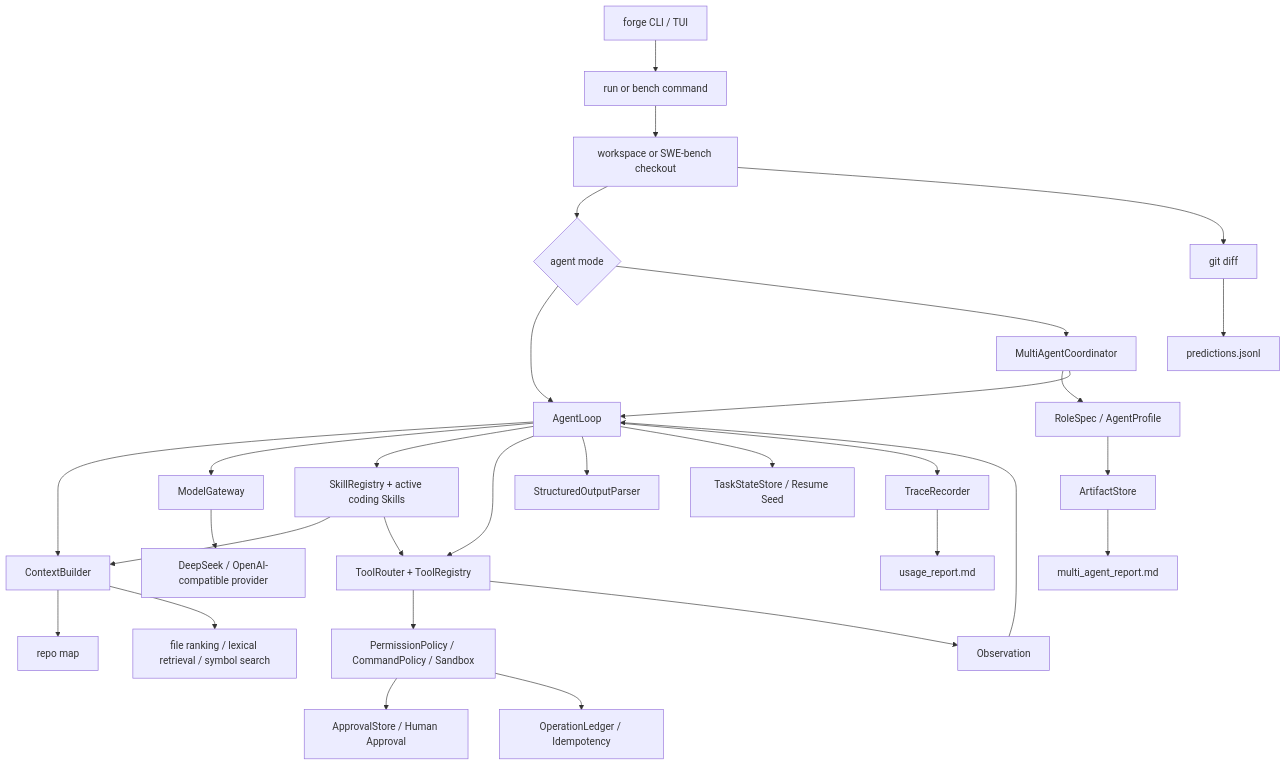
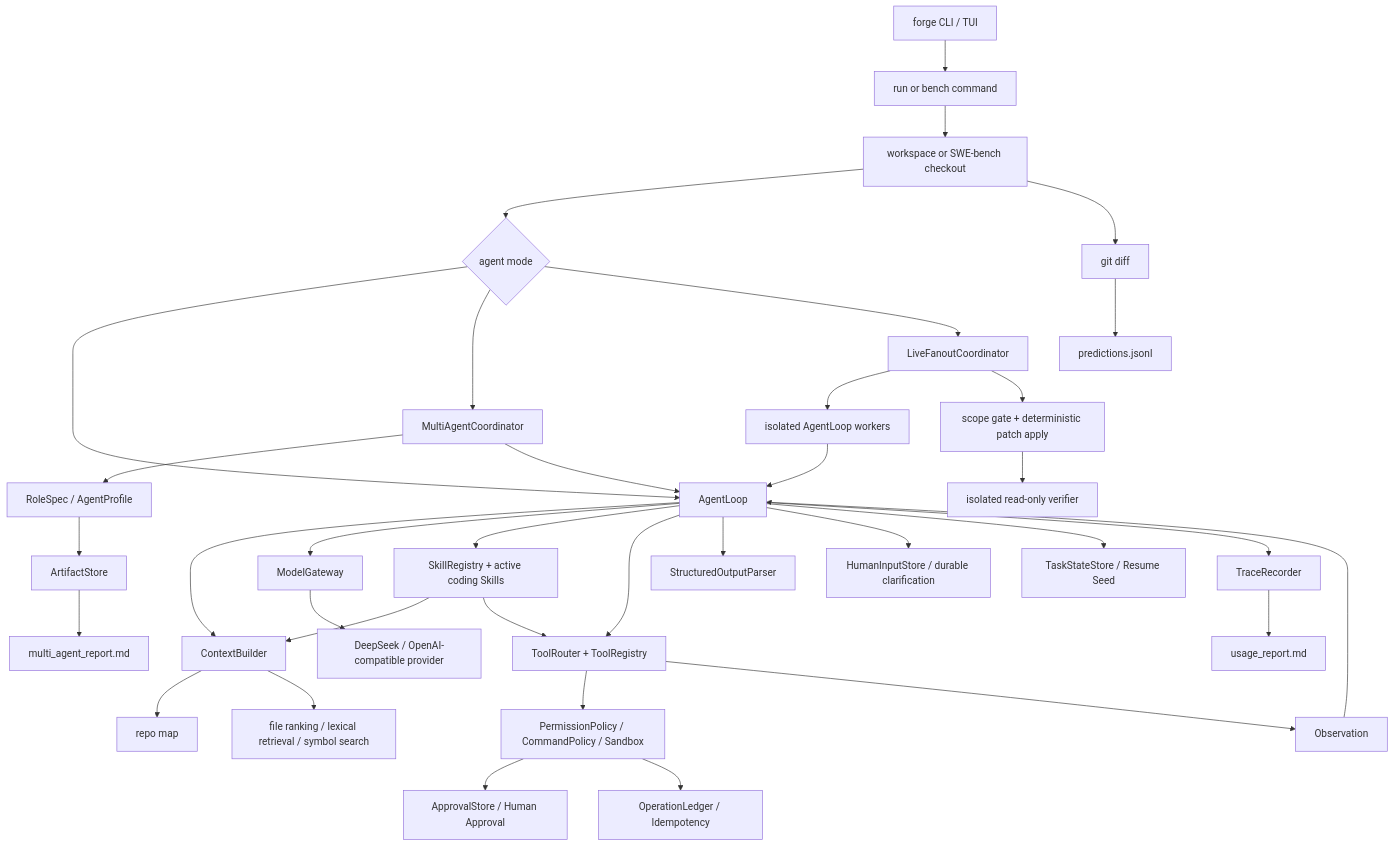
Before and after one commit to semi-hollow/NanoHarness: the diagram in docs/AgentForge总体架构与运行链路.md, drawn with Mermaid. The commit also changed other lines of this file and 39 other files, not shown here.

Commit message:
Add durable human input and isolated live fanout

````diff
--- a/docs/AgentForge总体架构与运行链路.md
+++ b/docs/AgentForge总体架构与运行链路.md
@@ -10,32 +10,38 @@
 ```mermaid
 flowchart TD
     User["forge CLI / TUI"] --> Run["run or bench command"]
     Run --> Workspace["workspace or SWE-bench checkout"]
     Workspace --> Mode{"agent mode"}
     Mode --> Loop["AgentLoop"]
     Mode --> Coordinator["MultiAgentCoordinator"]
+    Mode --> Fanout["LiveFanoutCoordinator"]
     Coordinator --> Roles["RoleSpec / AgentProfile"]
     Roles --> Artifacts["ArtifactStore"]
     Coordinator --> Loop
+    Fanout --> Workers["isolated AgentLoop workers"]
+    Workers --> Loop
+    Fanout --> Merge["scope gate + deterministic patch apply"]
+    Merge --> Finalizer["isolated read-only verifier"]
     Loop --> Context["ContextBuilder"]
     Context --> RepoMap["repo map"]
     Context --> Ranking["file ranking / lexical retrieval / symbol search"]
     Loop --> Model["ModelGateway"]
     Model --> Provider["DeepSeek / OpenAI-compatible provider"]
     Loop --> Skills["SkillRegistry + active coding Skills"]
     Skills --> Context
     Skills --> Tools
     Loop --> Tools["ToolRouter + ToolRegistry"]
     Loop --> Structured["StructuredOutputParser"]
     Tools --> Safety["PermissionPolicy / CommandPolicy / Sandbox"]
     Safety --> Approval["ApprovalStore / Human Approval"]
+    Loop --> Human["HumanInputStore / durable clarification"]
     Safety --> Ledger["OperationLedger / Idempotency"]
     Tools --> Observation["Observation"]
     Observation --> Loop
     Loop --> Checkpoint["TaskStateStore / Resume Seed"]
     Loop --> Trace["TraceRecorder"]
     Trace --> Usage["usage_report.md"]
     Artifacts --> MultiReport["multi_agent_report.md"]
     Workspace --> Diff["git diff"]
     Diff --> Prediction["predictions.jsonl"]
 ```
````
